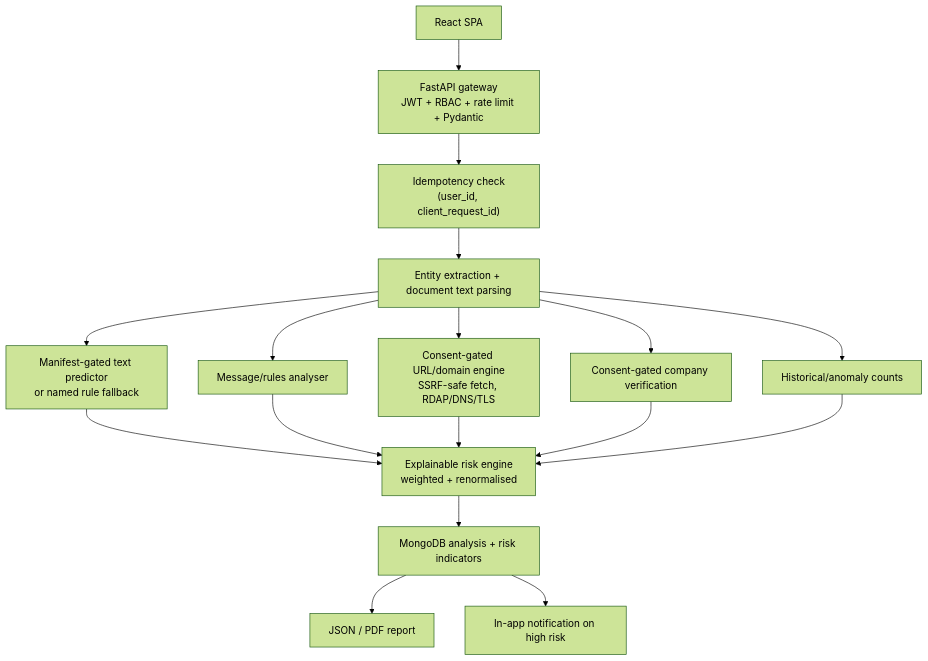
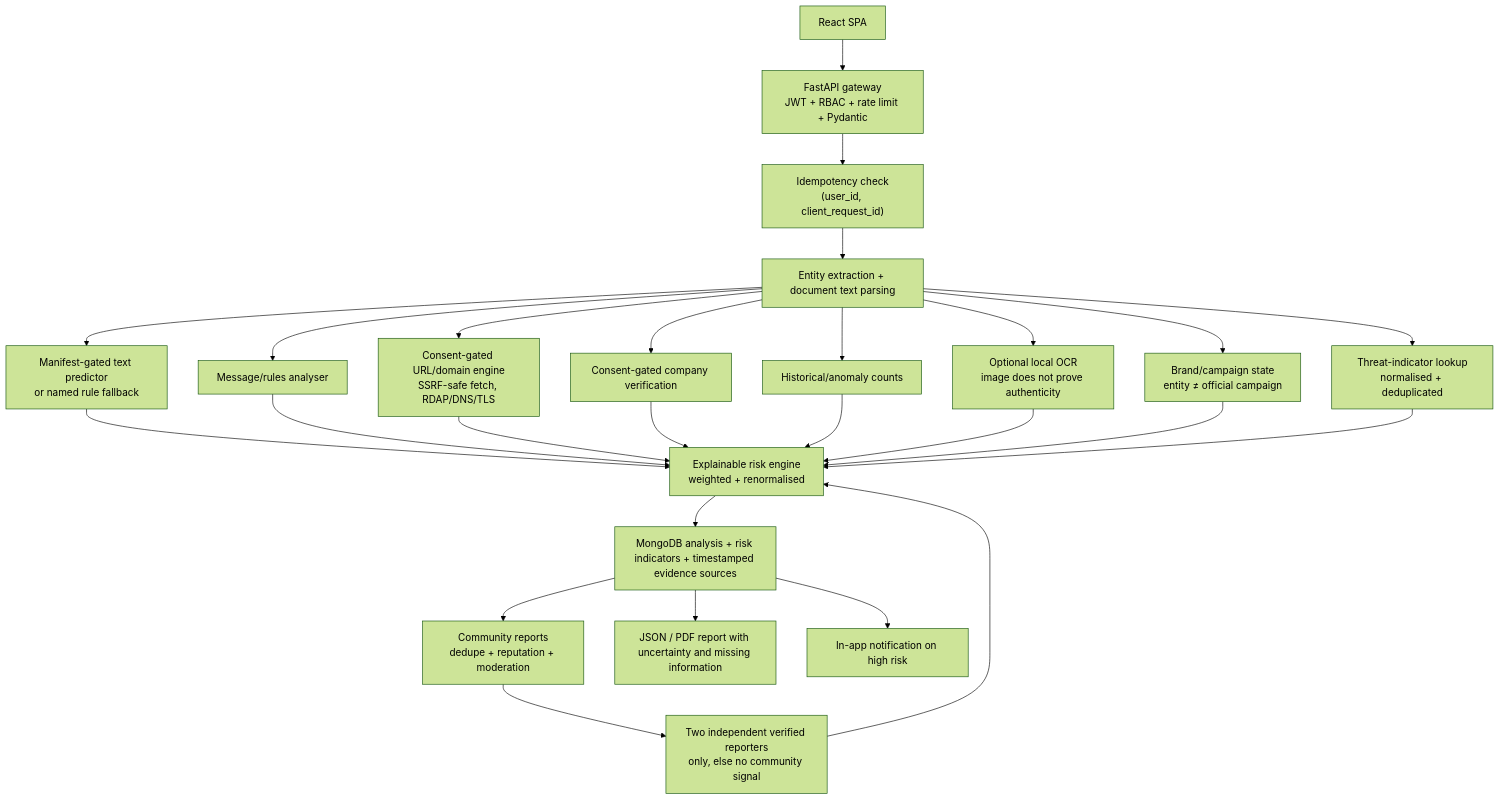
One commit to Sanukrrajput/trustlens-ai changed the diagram in docs/TRUSTLENS_ARCHITECTURE.md. Above: the diagram before and after it, drawn with Mermaid (forest theme). The commit also changed other lines of this file and 116 other files, not shown here.

````diff
--- a/docs/TRUSTLENS_ARCHITECTURE.md
+++ b/docs/TRUSTLENS_ARCHITECTURE.md
@@ -47,19 +47,28 @@
 ```mermaid
 flowchart TD
     UI["React SPA"] --> GW["FastAPI gateway<br/>JWT + RBAC + rate limit + Pydantic"]
     GW --> ID["Idempotency check<br/>(user_id, client_request_id)"]
     ID --> EX["Entity extraction + document text parsing"]
     EX --> ML["Manifest-gated text predictor<br/>or named rule fallback"]
     EX --> MSG["Message/rules analyser"]
     EX --> URL["Consent-gated URL/domain engine<br/>SSRF-safe fetch, RDAP/DNS/TLS"]
     EX --> CO["Consent-gated company verification"]
     EX --> AN["Historical/anomaly counts"]
+    EX --> IMG["Optional local OCR<br/>image does not prove authenticity"]
+    EX --> BRAND["Brand/campaign state<br/>entity ≠ official campaign"]
+    EX --> THREAT["Threat-indicator lookup<br/>normalised + deduplicated"]
+    STORE --> COMM["Community reports<br/>dedupe + reputation + moderation"]
+    COMM --> CORR["Two independent verified reporters<br/>only, else no community signal"]
     ML --> RISK["Explainable risk engine<br/>weighted + renormalised"]
     MSG --> RISK
     URL --> RISK
     CO --> RISK
     AN --> RISK
-    RISK --> STORE["MongoDB analysis + risk indicators"]
-    STORE --> REPORT["JSON / PDF report"]
+    IMG --> RISK
+    BRAND --> RISK
+    THREAT --> RISK
+    CORR --> RISK
+    RISK --> STORE["MongoDB analysis + risk indicators + timestamped evidence sources"]
+    STORE --> REPORT["JSON / PDF report with uncertainty and missing information"]
     STORE --> NOTE["In-app notification on high risk"]
 ```
````
